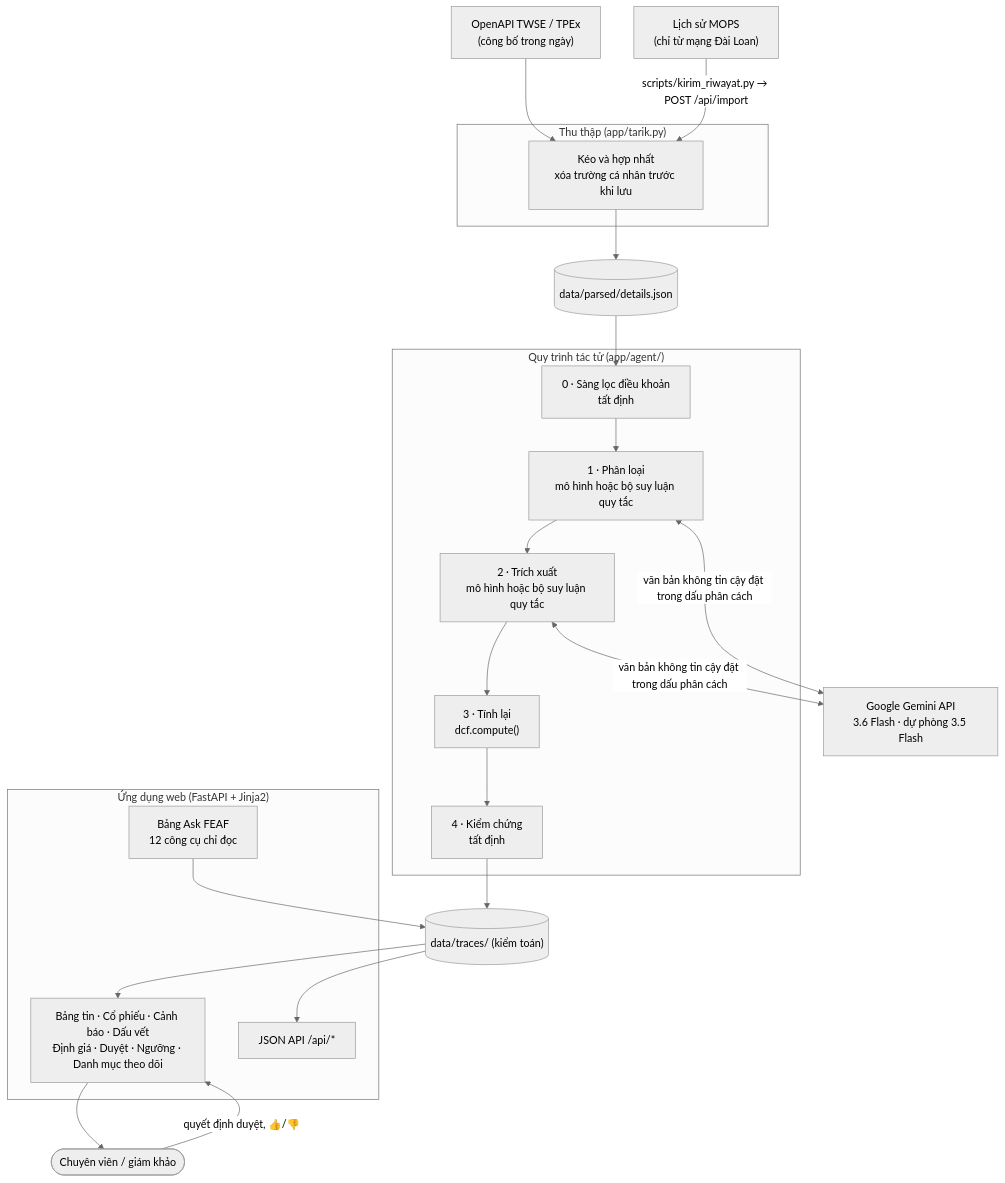
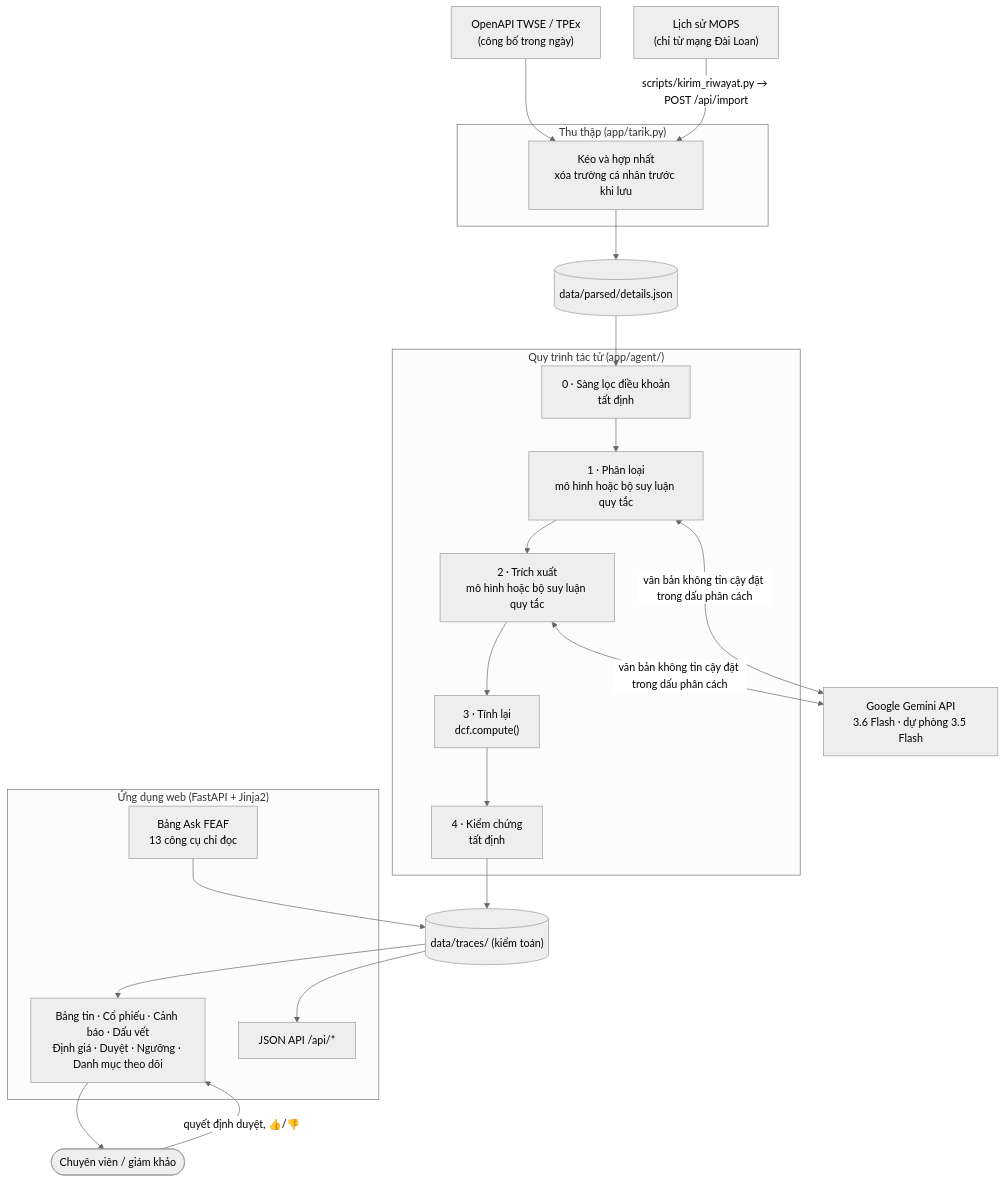
The first of 3 diagrams in README.vi.md (Kenfinn/feaf), drawn with Mermaid (neutral theme) before and after one commit. The commit also changed other lines of this file and 3 other files, not shown here.

````diff
--- a/README.vi.md
+++ b/README.vi.md
@@ -70,35 +83,35 @@
 ```mermaid
 graph TD
     TWSE["OpenAPI TWSE / TPEx<br/>(công bố trong ngày)"] --> Pull
     MOPS["Lịch sử MOPS<br/>(chỉ từ mạng Đài Loan)"] -->|scripts/kirim_riwayat.py → POST /api/import| Pull
 
     subgraph Ingest ["Thu thập (app/tarik.py)"]
         Pull["Kéo và hợp nhất<br/>xóa trường cá nhân trước khi lưu"]
     end
 
     Pull --> Store[("data/parsed/details.json")]
 
     subgraph Agent ["Quy trình tác tử (app/agent/)"]
         S0["0 · Sàng lọc điều khoản<br/>tất định"]
         S1["1 · Phân loại<br/>mô hình hoặc bộ suy luận quy tắc"]
         S2["2 · Trích xuất<br/>mô hình hoặc bộ suy luận quy tắc"]
         S3["3 · Tính lại<br/>dcf.compute()"]
         S4["4 · Kiểm chứng<br/>tất định"]
         S0 --> S1 --> S2 --> S3 --> S4
     end
 
     Store --> S0
     S1 & S2 <-->|văn bản không tin cậy đặt trong dấu phân cách| Gemini["Google Gemini API<br/>3.6 Flash · dự phòng 3.5 Flash"]
     S4 --> Traces[("data/traces/ (kiểm toán)")]
 
     subgraph Web ["Ứng dụng web (FastAPI + Jinja2)"]
         Pages["Bảng tin · Cổ phiếu · Cảnh báo · Dấu vết<br/>Định giá · Duyệt · Ngưỡng · Danh mục theo dõi"]
-        Chat["Bảng Ask FEAF<br/>12 công cụ chỉ đọc"]
+        Chat["Bảng Ask FEAF<br/>13 công cụ chỉ đọc"]
         API["JSON API /api/*"]
     end
 
     Traces --> Pages & API
     Chat --> Traces
     Pages --> User(["Chuyên viên / giám khảo"])
     User -->|quyết định duyệt, 👍/👎| Pages
 ```
````
